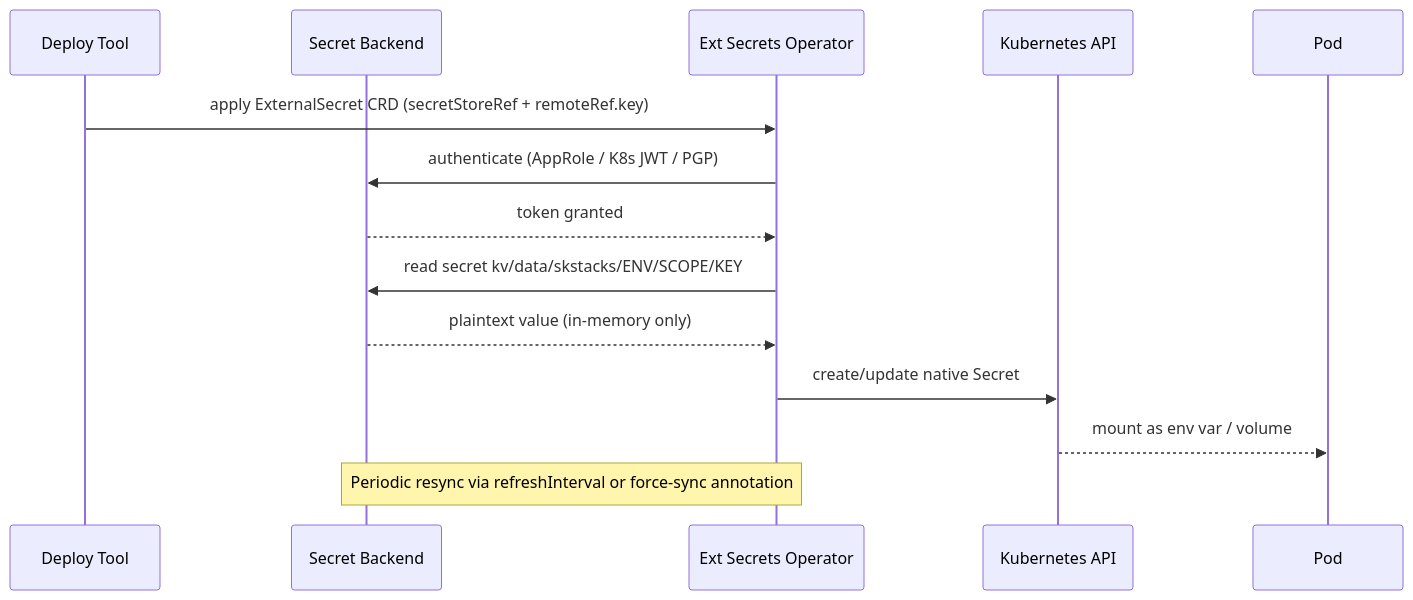
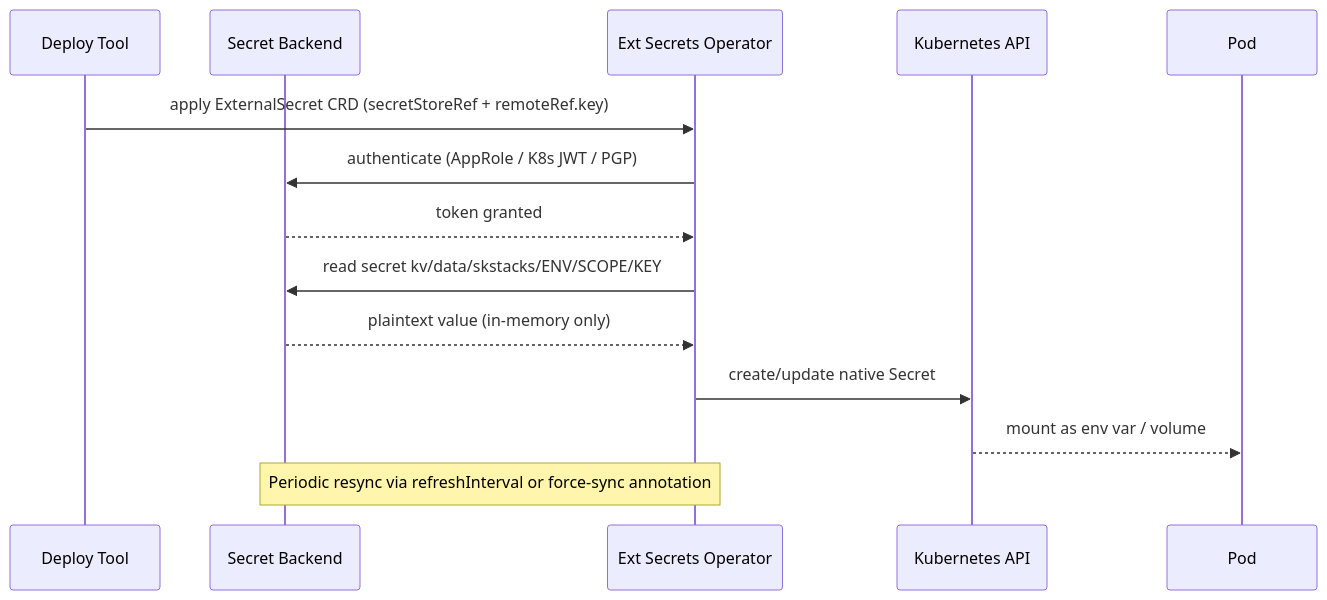
Before and after one commit to smilinTux/skstacks: the third of 7 diagrams in v2/ARCHITECTURE.md, drawn with Mermaid.

Commit message:
fix(docs): fix Note over participant order in sequenceDiagram
Mermaid requires Note over A,B where A is left of B in the diagram.
ESO is declared after B so the spanning note must be 'Note over B,ESO'
not 'Note over ESO,B'.

````diff
--- a/v2/ARCHITECTURE.md
+++ b/v2/ARCHITECTURE.md
@@ -157,17 +157,17 @@
 ```mermaid
 sequenceDiagram
     participant D as Deploy Tool
     participant B as Secret Backend
     participant ESO as Ext Secrets Operator
     participant K8S as Kubernetes API
     participant P as Pod
 
     D->>ESO: apply ExternalSecret CRD (secretStoreRef + remoteRef.key)
     ESO->>B: authenticate (AppRole / K8s JWT / PGP)
     B-->>ESO: token granted
     ESO->>B: read secret kv/data/skstacks/ENV/SCOPE/KEY
     B-->>ESO: plaintext value (in-memory only)
     ESO->>K8S: create/update native Secret
     K8S-->>P: mount as env var / volume
-    Note over ESO,B: Periodic resync via refreshInterval or force-sync annotation
+    Note over B,ESO: Periodic resync via refreshInterval or force-sync annotation
 ```
````
